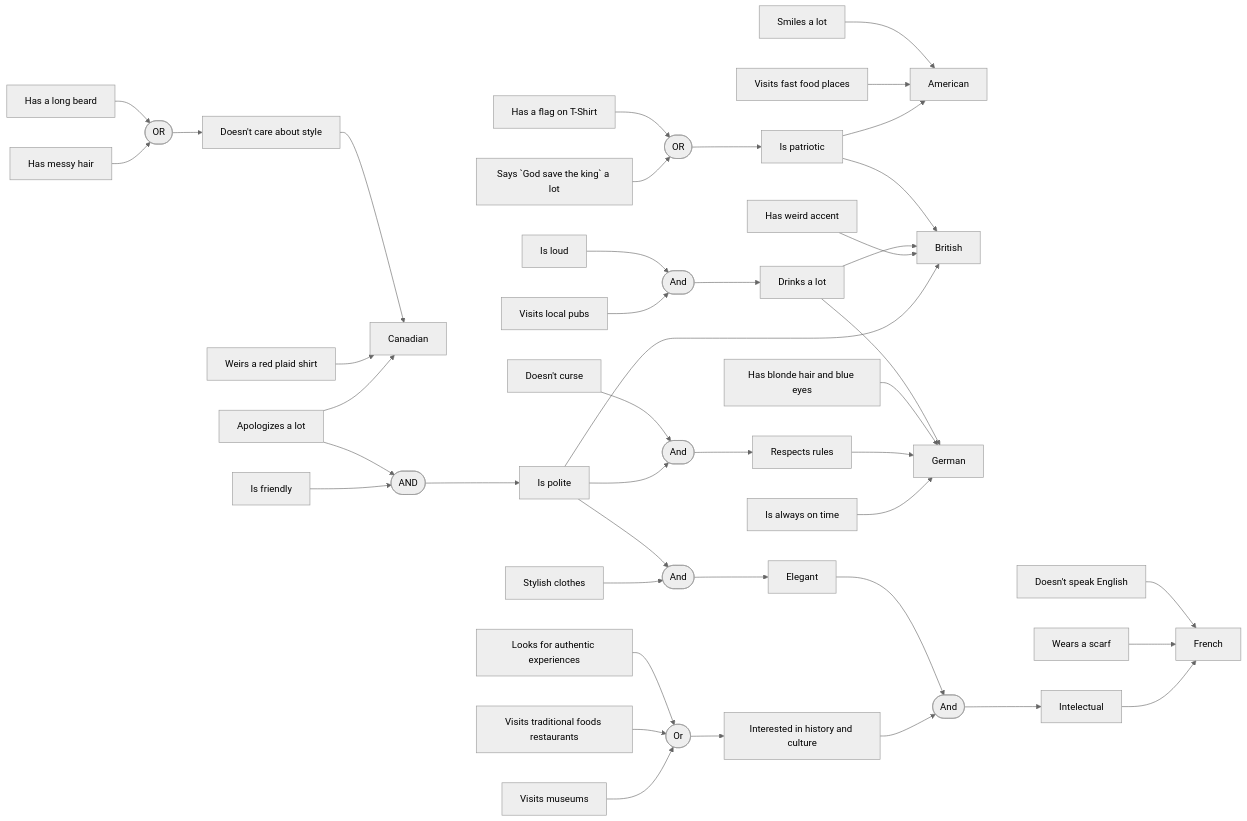
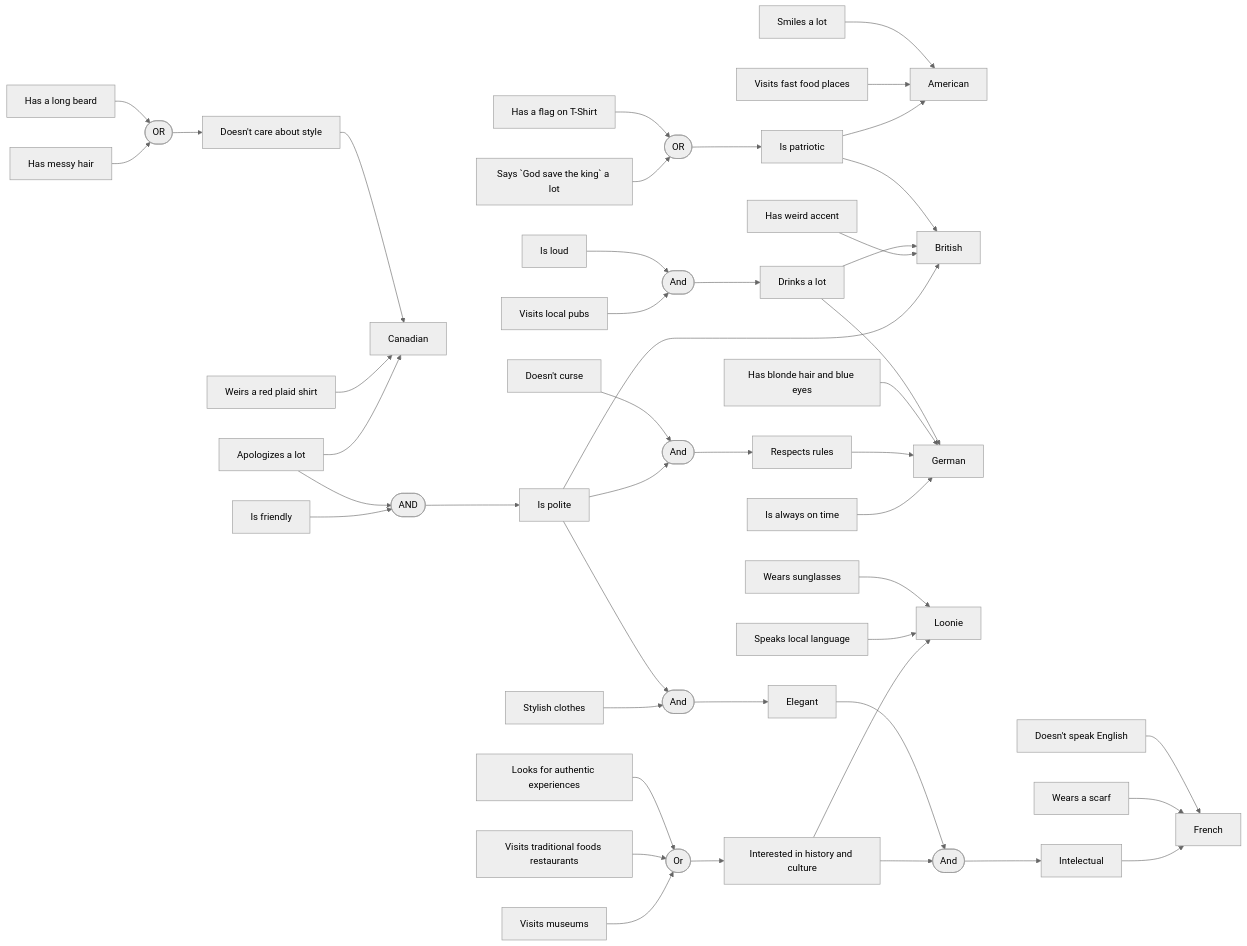
One commit to alya1007/ai-labs changed the diagram in diagram.mmd. Above: the diagram before and after it, drawn with Mermaid (neutral theme).

Commit message:
add a local to diagram

```diff
--- a/diagram.mmd
+++ b/diagram.mmd
@@ -1,44 +1,49 @@
 graph LR;
     American[American];
     English[British];
     French[French];
     German[German];
     Canadian[Canadian];
+    Loonie[Loonie];
 
     Friendly[Is friendly]-->AND_3([AND]);
     Sorry[Apologizes a lot]-->AND_3;
     Sorry-->Canadian
     
     Polite[Is polite]-->English;
     AND_3-->Polite;
     Stylish[Stylish clothes]-->AND_2;
     Polite-->AND_2([And]);
     Museums[Visits museums]-->Or([Or]);
     Traditional[Visits traditional foods restaurants]-->Or;
     Authentic[Looks for authentic experiences]-->Or;
     Or-->History[Interested in history and culture]-->AND_4-->Intelectual[Intelectual]-->French;
     Accent[Has weird accent]-->English
 
     Pubs[Visits local pubs]-->AND_5([And]);
     Loud[Is loud]-->AND_5-->Drinks[Drinks a lot]-->English
 
     Time[Is always on time]-->German;
     Polite-->AND_6([And]);
     Curse[Doesn't curse]-->AND_6-->Rules[Respects rules]-->German;
 
     God[Says `God save the king` a lot]-->OR([OR]);
     Flag[Has a flag on T-Shirt]-->OR-->Patriotic[Is patriotic]-->English
     AND_2-->Elegant[Elegant]-->AND_4([And]);
     Patriotic-->American
     FastFood[Visits fast food places]-->American;
     Smiles[Smiles a lot]-->American;
 
     Scarf[Wears a scarf]-->French;
     Blue[Has blonde hair and blue eyes]-->German;
     Drinks-->German;
 
     Clothes[Weirs a red plaid shirt]-->Canadian;
     Hair[Has messy hair]-->OR_4([OR])-->Style[Doesn't care about style]-->Canadian;
     Beard[Has a long beard]-->OR_4;
 
     Language[Doesn't speak English]-->French;
+
+    History-->Loonie;
+    LocalLanguage[Speaks local language]-->Loonie;
+    Sunglasses[Wears sunglasses]-->Loonie;
```
